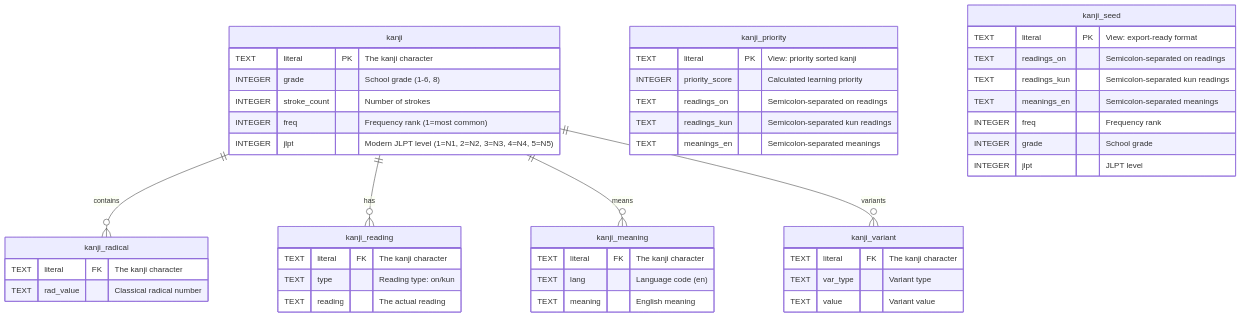
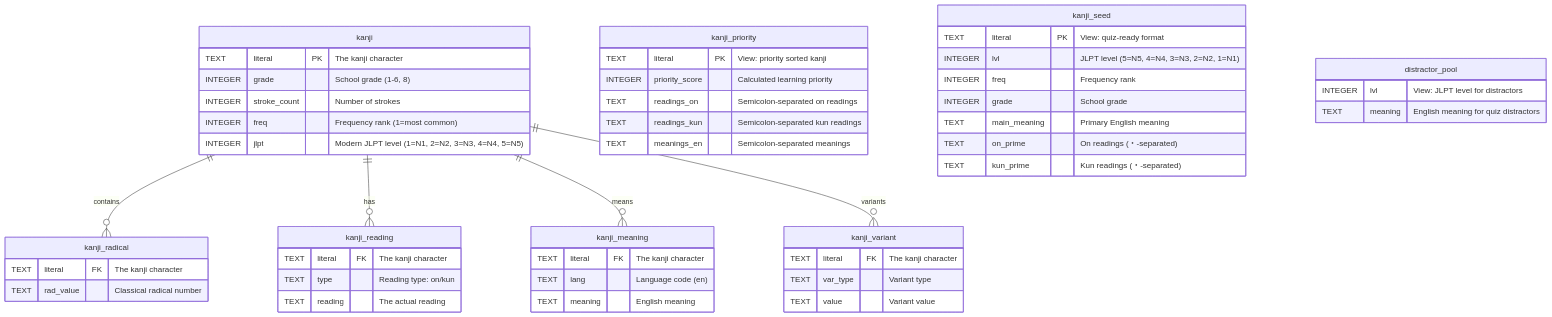
Before and after one commit to trygu/kanjidic2-sqlite-builder: the diagram in README.md, drawn with Mermaid. The commit also changed other lines of this file and 8 other files, not shown here.

````diff
--- a/README.md
+++ b/README.md
@@ -53,56 +53,61 @@
 ```mermaid
 erDiagram
     kanji {
         TEXT literal PK "The kanji character"
         INTEGER grade "School grade (1-6, 8)"
         INTEGER stroke_count "Number of strokes"
         INTEGER freq "Frequency rank (1=most common)"
         INTEGER jlpt "Modern JLPT level (1=N1, 2=N2, 3=N3, 4=N4, 5=N5)"
     }
 
     kanji_radical {
         TEXT literal FK "The kanji character"
         TEXT rad_value "Classical radical number"
     }
 
     kanji_reading {
         TEXT literal FK "The kanji character"
         TEXT type "Reading type: on/kun"
         TEXT reading "The actual reading"
     }
 
     kanji_meaning {
         TEXT literal FK "The kanji character"
         TEXT lang "Language code (en)"
         TEXT meaning "English meaning"
     }
 
     kanji_variant {
         TEXT literal FK "The kanji character"
         TEXT var_type "Variant type"
         TEXT value "Variant value"
     }
 
     kanji_priority {
         TEXT literal PK "View: priority sorted kanji"
         INTEGER priority_score "Calculated learning priority"
         TEXT readings_on "Semicolon-separated on readings"
         TEXT readings_kun "Semicolon-separated kun readings"
         TEXT meanings_en "Semicolon-separated meanings"
     }
 
     kanji_seed {
-        TEXT literal PK "View: export-ready format"
-        TEXT readings_on "Semicolon-separated on readings"
-        TEXT readings_kun "Semicolon-separated kun readings"
-        TEXT meanings_en "Semicolon-separated meanings"
+        TEXT literal PK "View: quiz-ready format"
+        INTEGER lvl "JLPT level (5=N5, 4=N4, 3=N3, 2=N2, 1=N1)"
         INTEGER freq "Frequency rank"
         INTEGER grade "School grade"
-        INTEGER jlpt "JLPT level"
+        TEXT main_meaning "Primary English meaning"
+        TEXT on_prime "On readings (・-separated)"
+        TEXT kun_prime "Kun readings (・-separated)"
+    }
+
+    distractor_pool {
+        INTEGER lvl "View: JLPT level for distractors"
+        TEXT meaning "English meaning for quiz distractors"
     }
 
     kanji ||--o{ kanji_radical : contains
     kanji ||--o{ kanji_reading : has
     kanji ||--o{ kanji_meaning : means
     kanji ||--o{ kanji_variant : variants
 ```
````
